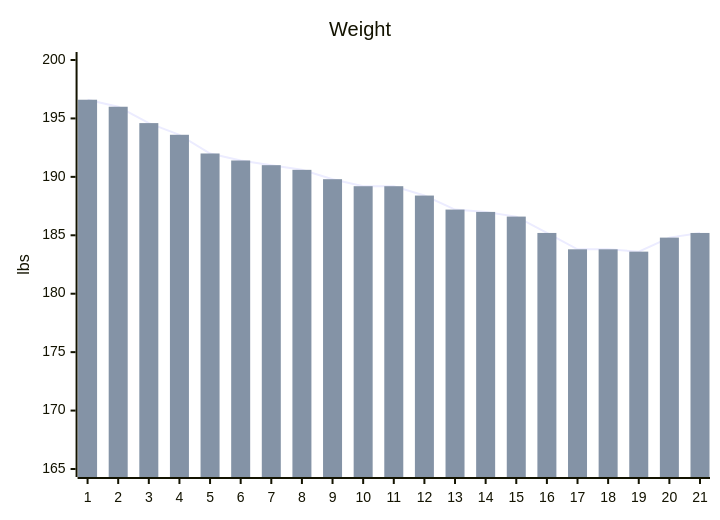
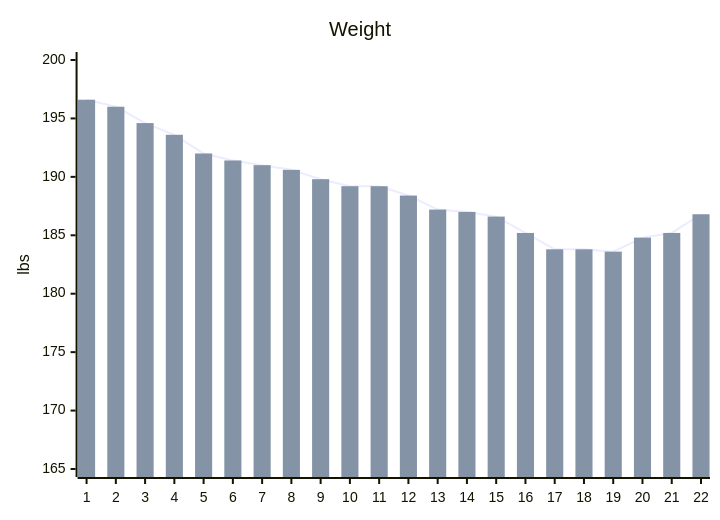
One commit to stevenelson35/stevenelson35.github.io changed the diagram in all_collections/_personal/goals.md. Above: the diagram before and after it, drawn with Mermaid. The commit also changed other lines of this file, not shown here.

```diff
--- a/all_collections/_personal/goals.md
+++ b/all_collections/_personal/goals.md
@@ -11,8 +11,8 @@
 <pre class="mermaid" >
   xychart-beta
     title "Weight" 
-    x-axis [1, 2, 3, 4, 5, 6, 7, 8, 9, 10, 11, 12, 13, 14, 15, 16, 17, 18, 19, 20, 21] 
+    x-axis [1, 2, 3, 4, 5, 6, 7, 8, 9, 10, 11, 12, 13, 14, 15, 16, 17, 18, 19, 20, 21, 22] 
     y-axis "lbs" 165 --> 200
-    line [196.6, 196.0, 194.6, 193.6, 192.0, 191.4, 191.0, 190.6, 189.8, 189.2, 189.2, 188.4, 187.2, 187.0, 186.6, 185.2, 183.8, 183.8, 183.6, 184.8, 185.2]
-    bar [196.6, 196.0, 194.6, 193.6, 192.0, 191.4, 191.0, 190.6, 189.8, 189.2, 189.2, 188.4, 187.2, 187.0, 186.6, 185.2, 183.8, 183.8, 183.6, 184.8, 185.2]
+    line [196.6, 196.0, 194.6, 193.6, 192.0, 191.4, 191.0, 190.6, 189.8, 189.2, 189.2, 188.4, 187.2, 187.0, 186.6, 185.2, 183.8, 183.8, 183.6, 184.8, 185.2, 186.8]
+    bar [196.6, 196.0, 194.6, 193.6, 192.0, 191.4, 191.0, 190.6, 189.8, 189.2, 189.2, 188.4, 187.2, 187.0, 186.6, 185.2, 183.8, 183.8, 183.6, 184.8, 185.2, 186.8]
 </pre>
```
